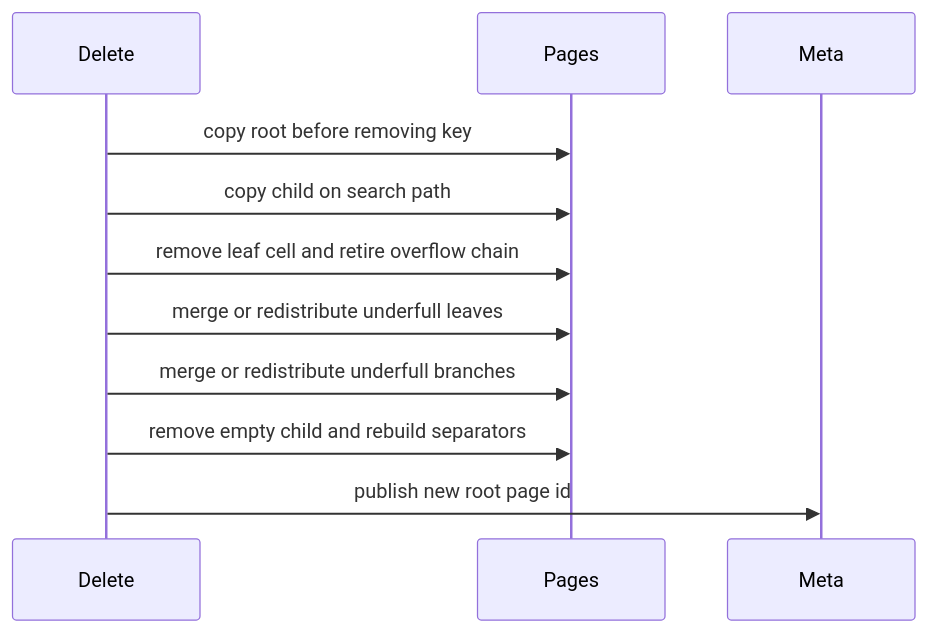
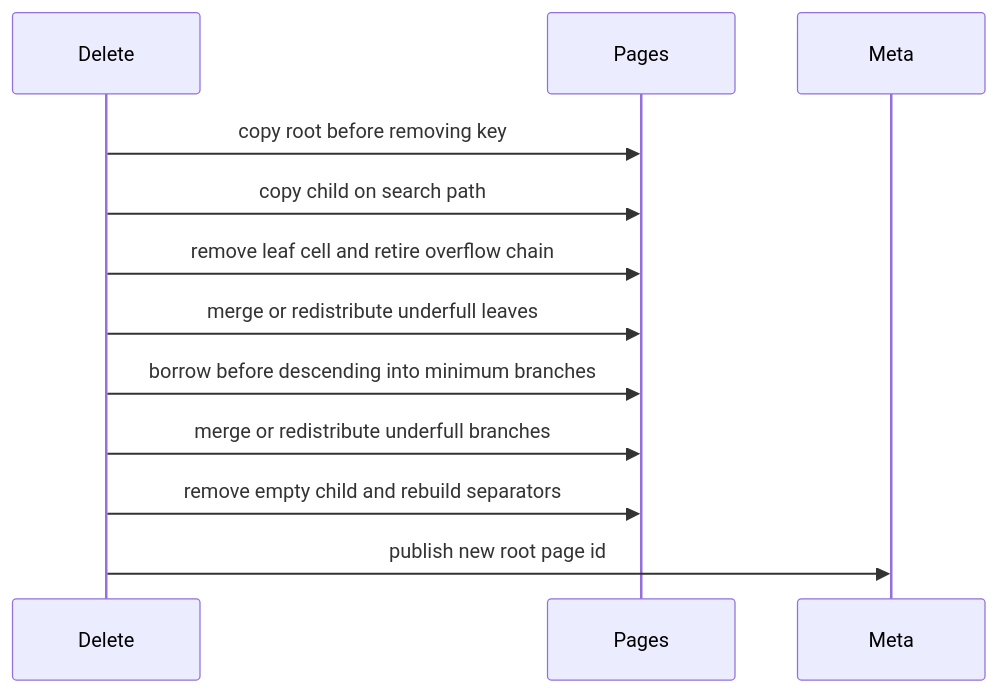
The fourth of 8 diagrams in docs/06-page-backed-cow.md (hadamrd/cow-btree-course), drawn with Mermaid before and after one commit. The commit also changed other lines of this file and 6 other files, not shown here.

Commit message:
feat: borrow branch children before btree delete descent

````diff
--- a/docs/06-page-backed-cow.md
+++ b/docs/06-page-backed-cow.md
@@ -96,13 +96,14 @@
 ```mermaid
 sequenceDiagram
     participant Delete
     participant Pages
     participant Meta
     Delete->>Pages: copy root before removing key
     Delete->>Pages: copy child on search path
     Delete->>Pages: remove leaf cell and retire overflow chain
     Delete->>Pages: merge or redistribute underfull leaves
+    Delete->>Pages: borrow before descending into minimum branches
     Delete->>Pages: merge or redistribute underfull branches
     Delete->>Pages: remove empty child and rebuild separators
     Delete->>Meta: publish new root page id
 ```
````
